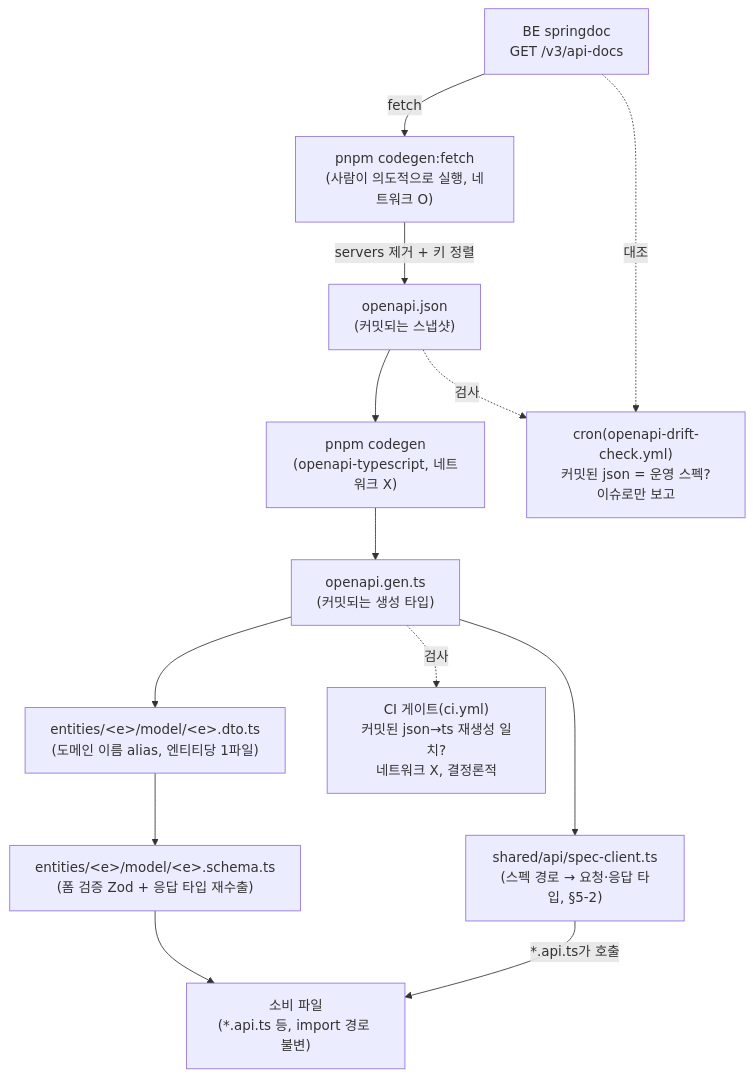
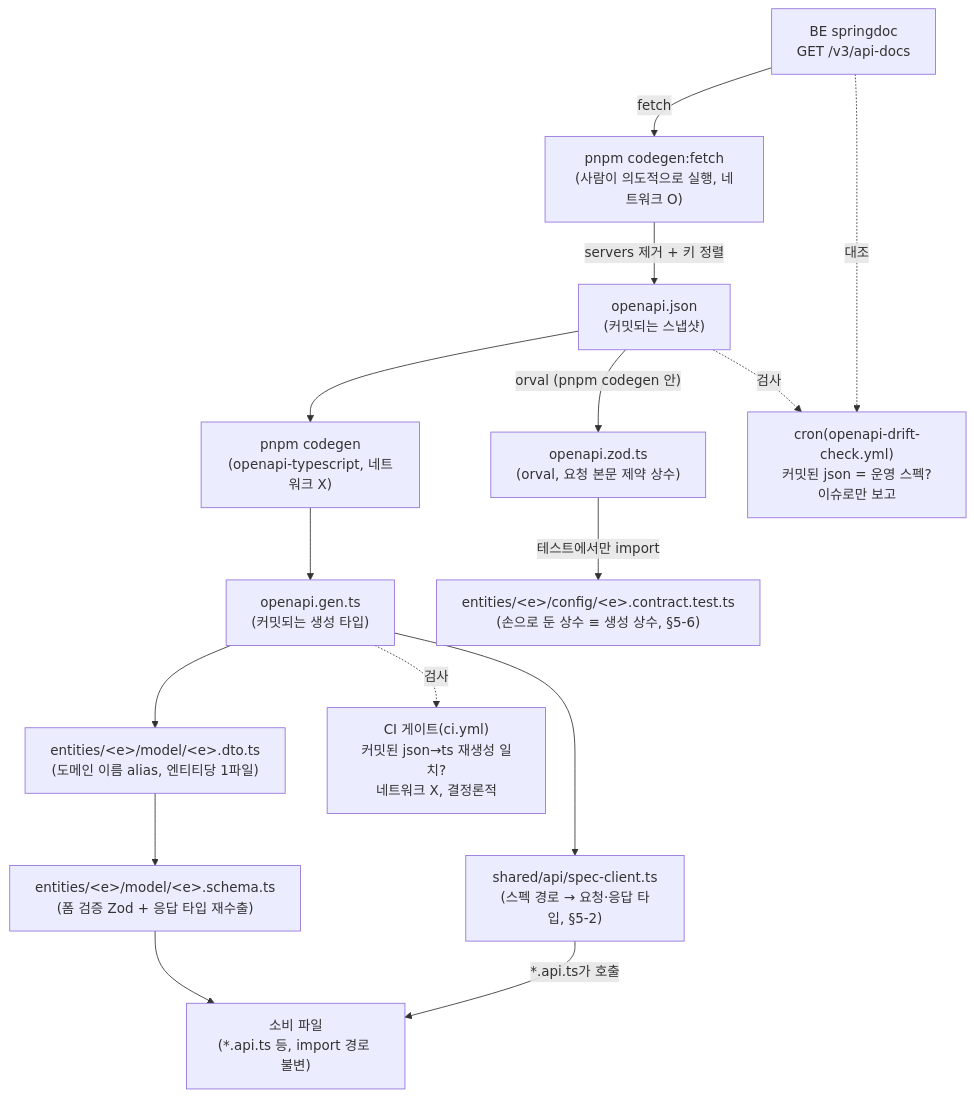
Before and after one commit to BAECHAN/link-sphere_FE_NEW: the first of 2 diagrams in docs/OPENAPI-CODEGEN.md, drawn with Mermaid. The commit also changed other lines of this file and 40 other files, not shown here.

````diff
--- a/docs/OPENAPI-CODEGEN.md
+++ b/docs/OPENAPI-CODEGEN.md
@@ -35,22 +36,25 @@
 ```mermaid
 flowchart TD
     BE["BE springdoc<br/>GET /v3/api-docs"]
     FETCH["pnpm codegen:fetch<br/>(사람이 의도적으로 실행, 네트워크 O)"]
     JSON["openapi.json<br/>(커밋되는 스냅샷)"]
     CODEGEN["pnpm codegen<br/>(openapi-typescript, 네트워크 X)"]
     GEN["openapi.gen.ts<br/>(커밋되는 생성 타입)"]
     DTO["entities/&lt;e&gt;/model/&lt;e&gt;.dto.ts<br/>(도메인 이름 alias, 엔티티당 1파일)"]
     SCHEMA["entities/&lt;e&gt;/model/&lt;e&gt;.schema.ts<br/>(폼 검증 Zod + 응답 타입 재수출)"]
     CONSUMERS["소비 파일<br/>(*.api.ts 등, import 경로 불변)"]
     SPEC["shared/api/spec-client.ts<br/>(스펙 경로 → 요청·응답 타입, §5-2)"]
+    ZOD["openapi.zod.ts<br/>(orval, 요청 본문 제약 상수)"]
+    CT["entities/&lt;e&gt;/config/&lt;e&gt;.contract.test.ts<br/>(손으로 둔 상수 ≡ 생성 상수, §5-6)"]
 
     BE -->|fetch| FETCH -->|"servers 제거 + 키 정렬"| JSON
     JSON --> CODEGEN --> GEN --> DTO --> SCHEMA --> CONSUMERS
     GEN --> SPEC -->|"*.api.ts가 호출"| CONSUMERS
+    JSON -->|"orval (pnpm codegen 안)"| ZOD -->|"테스트에서만 import"| CT
 
     L1["CI 게이트(ci.yml)<br/>커밋된 json→ts 재생성 일치?<br/>네트워크 X, 결정론적"]
     L2["cron(openapi-drift-check.yml)<br/>커밋된 json = 운영 스펙?<br/>이슈로만 보고"]
     GEN -.검사.-> L1
     JSON -.검사.-> L2
     BE -.대조.-> L2
 ```
````
